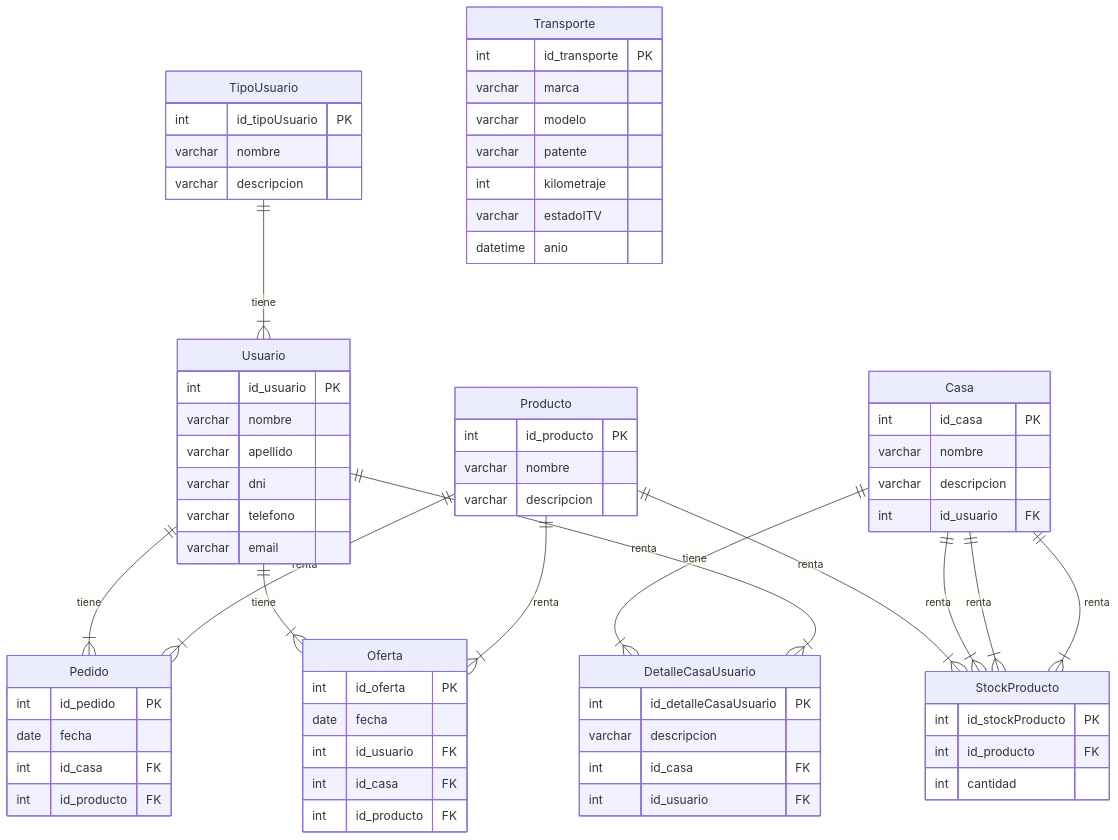
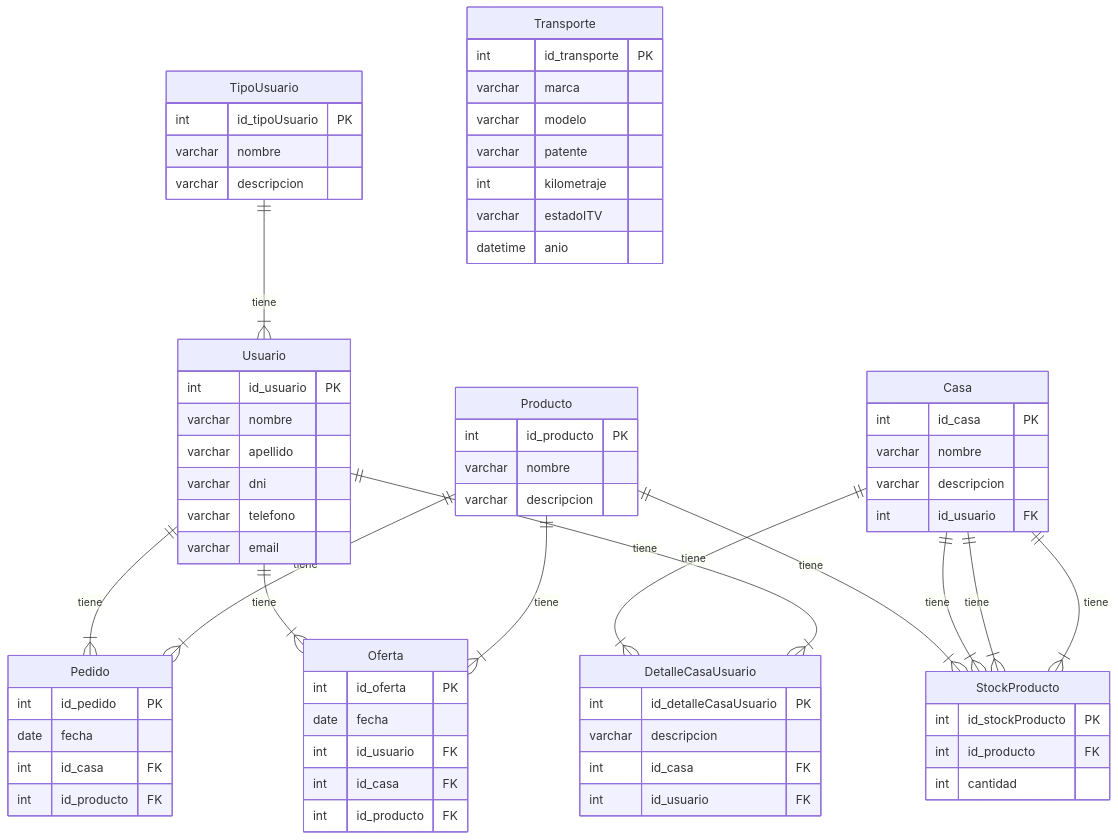
Before and after one commit to FrancoECeballos/FAT2024G3: the diagram in Diagramas/uml.mmd, drawn with Mermaid. The commit also changed 1 other file, not shown here.

```diff
--- a/Diagramas/uml.mmd
+++ b/Diagramas/uml.mmd
@@ -1,75 +1,75 @@
 erDiagram
 
 Usuario{
     int id_usuario PK
     varchar nombre
     varchar apellido
     varchar dni
     varchar telefono
     varchar email
 }
 TipoUsuario{
     int id_tipoUsuario PK
     varchar nombre
     varchar descripcion
 }
 Casa{
     int id_casa PK
     varchar nombre
     varchar descripcion
     int id_usuario FK
 }
 DetalleCasaUsuario{
     int id_detalleCasaUsuario PK
     varchar descripcion
     int id_casa FK
     int id_usuario FK
 }
 StockProducto{
     int id_stockProducto PK
     int id_producto FK
     int cantidad
 }
 Producto{
     int id_producto PK
     varchar nombre
     varchar descripcion
 }
 Pedido{
     int id_pedido PK
     date fecha
     int id_casa FK
     int id_producto FK
 }
 Oferta{
     int id_oferta PK
     date fecha
     int id_usuario FK
     int id_casa FK
     int id_producto FK
 }
 
 Transporte{
     int id_transporte PK
     varchar marca
     varchar modelo
     varchar patente
     int kilometraje
     varchar estadoITV
     datetime anio
 }
 
-Producto ||--|{ StockProducto : "renta"
-Casa ||--|{ StockProducto : "renta"
+Producto ||--|{ StockProducto : "tiene"
+Casa ||--|{ StockProducto : "tiene"
 
 TipoUsuario ||--|{ Usuario : "tiene"
 Usuario ||--|{ Pedido : "tiene"
 Usuario ||--|{ Oferta : "tiene"
 
-Producto ||--|{ Pedido : "renta"
-Producto ||--|{ Oferta : "renta"
+Producto ||--|{ Pedido : "tiene"
+Producto ||--|{ Oferta : "tiene"
 
-Casa ||--|{ StockProducto : "renta"
-Casa ||--|{ StockProducto : "renta"
+Casa ||--|{ StockProducto : "tiene"
+Casa ||--|{ StockProducto : "tiene"
 Casa ||--|{ DetalleCasaUsuario : "tiene"
-Usuario ||--|{ DetalleCasaUsuario : "renta"
+Usuario ||--|{ DetalleCasaUsuario : "tiene"
```
